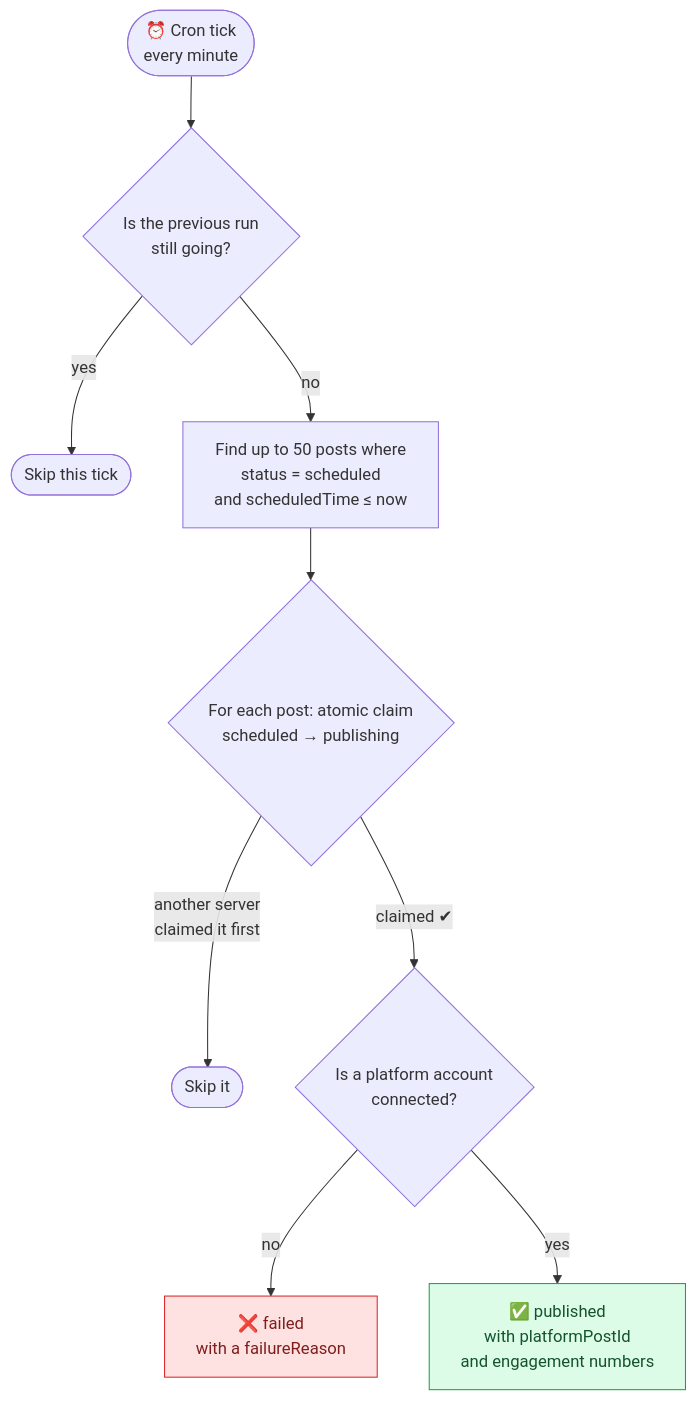
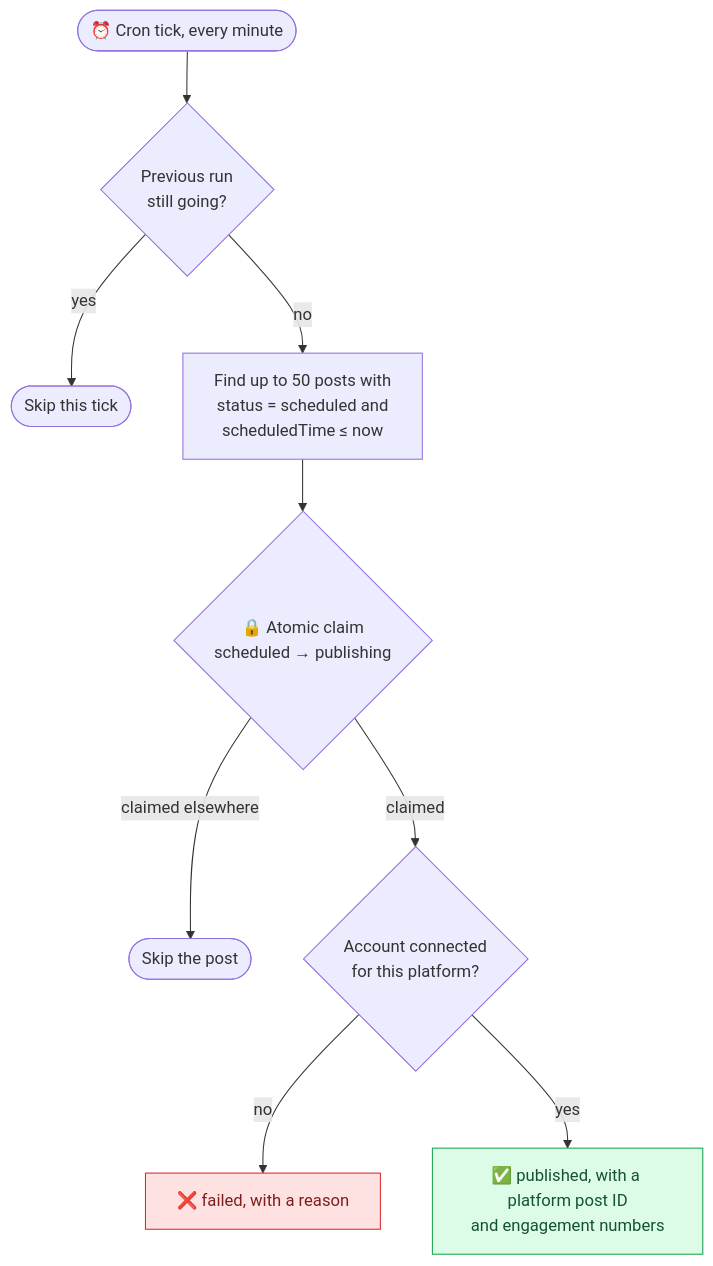
One commit to anurag-joshi-1403/Social_Sync_Webapp changed the eighth of 12 diagrams in README.md. Above: the diagram before and after it, drawn with Mermaid. The commit also changed other lines of this file, not shown here.

````diff
--- a/README.md
+++ b/README.md
@@ -202,16 +321,16 @@
 ```mermaid
 flowchart TD
-    T(["⏰ Cron tick<br/>every minute"]) --> R{"Is the previous run<br/>still going?"}
+    T(["⏰ Cron tick, every minute"]) --> R{"Previous run<br/>still going?"}
     R -- "yes" --> S(["Skip this tick"])
-    R -- "no" --> Q["Find up to 50 posts where<br/>status = scheduled<br/>and scheduledTime ≤ now"]
-    Q --> L{"For each post: atomic claim<br/>scheduled → publishing"}
-    L -- "another server<br/>claimed it first" --> K(["Skip it"])
-    L -- "claimed ✔" --> C{"Is a platform account<br/>connected?"}
-    C -- "no" --> F["❌ failed<br/>with a failureReason"]
-    C -- "yes" --> P["✅ published<br/>with platformPostId<br/>and engagement numbers"]
+    R -- "no" --> Q["Find up to 50 posts with<br/>status = scheduled and<br/>scheduledTime ≤ now"]
+    Q --> L{"🔒 Atomic claim<br/>scheduled → publishing"}
+    L -- "claimed elsewhere" --> K(["Skip the post"])
+    L -- "claimed" --> C{"Account connected<br/>for this platform?"}
+    C -- "no" --> F["❌ failed, with a reason"]
+    C -- "yes" --> P["✅ published, with a platform post ID<br/>and engagement numbers"]
 
     classDef ok fill:#DCFCE7,stroke:#16A34A,color:#14532D
     classDef bad fill:#FEE2E2,stroke:#DC2626,color:#7F1D1D
     class P ok
     class F bad
 ```
````
